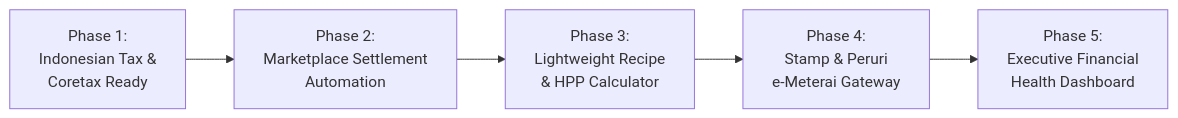
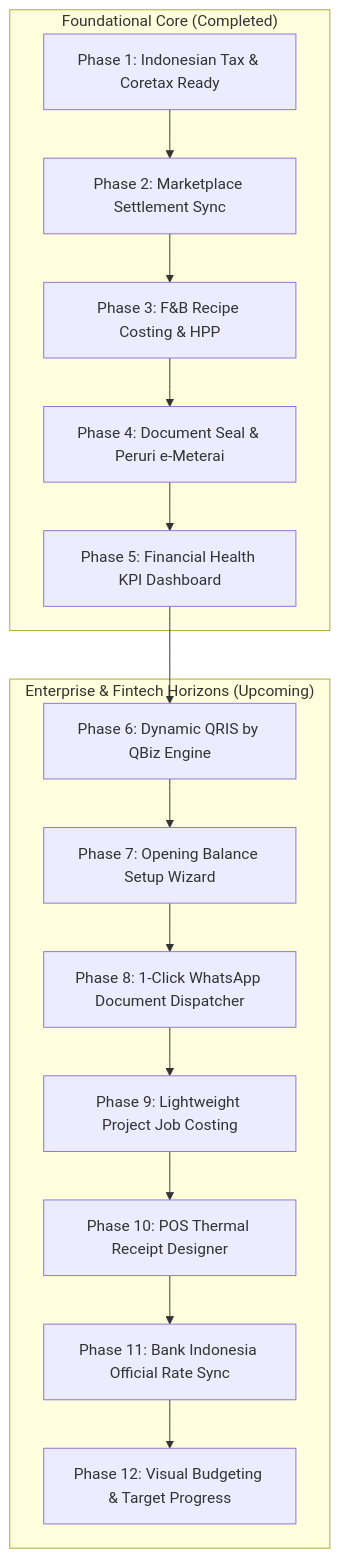
Before and after one commit to Mango-Teknusa-Inovasi/odoo-financial-suite: the second of 2 diagrams in ROADMAP.md, drawn with Mermaid. The commit also changed other lines of this file and 23 other files, not shown here.

Commit message:
feat(roadmap): establish Phase 6-12 expansion, create vector icons, and author Phase 6 QBiz QRIS blueprint

````diff
--- a/ROADMAP.md
+++ b/ROADMAP.md
@@ -45,7 +45,22 @@
 ```mermaid
-flowchart LR
-    P1["Phase 1:<br/>Indonesian Tax &<br/>Coretax Ready"] --> P2["Phase 2:<br/>Marketplace Settlement<br/>Automation"]
-    P2 --> P3["Phase 3:<br/>Lightweight Recipe<br/>& HPP Calculator"]
-    P3 --> P4["Phase 4:<br/>Stamp & Peruri<br/>e-Meterai Gateway"]
-    P4 --> P5["Phase 5:<br/>Executive Financial<br/>Health Dashboard"]
+flowchart TD
+    subgraph Foundation ["Foundational Core (Completed)"]
+        P1["Phase 1: Indonesian Tax & Coretax Ready"]
+        P2["Phase 2: Marketplace Settlement Sync"]
+        P3["Phase 3: F&B Recipe Costing & HPP"]
+        P4["Phase 4: Document Seal & Peruri e-Meterai"]
+        P5["Phase 5: Financial Health KPI Dashboard"]
+        P1 --> P2 --> P3 --> P4 --> P5
+    end
+    
+    subgraph NextHorizons ["Enterprise & Fintech Horizons (Upcoming)"]
+        P6["Phase 6: Dynamic QRIS by QBiz Engine"]
+        P7["Phase 7: Opening Balance Setup Wizard"]
+        P8["Phase 8: 1-Click WhatsApp Document Dispatcher"]
+        P9["Phase 9: Lightweight Project Job Costing"]
+        P10["Phase 10: POS Thermal Receipt Designer"]
+        P11["Phase 11: Bank Indonesia Official Rate Sync"]
+        P12["Phase 12: Visual Budgeting & Target Progress"]
+        P5 --> P6 --> P7 --> P8 --> P9 --> P10 --> P11 --> P12
+    end
 ```
````
